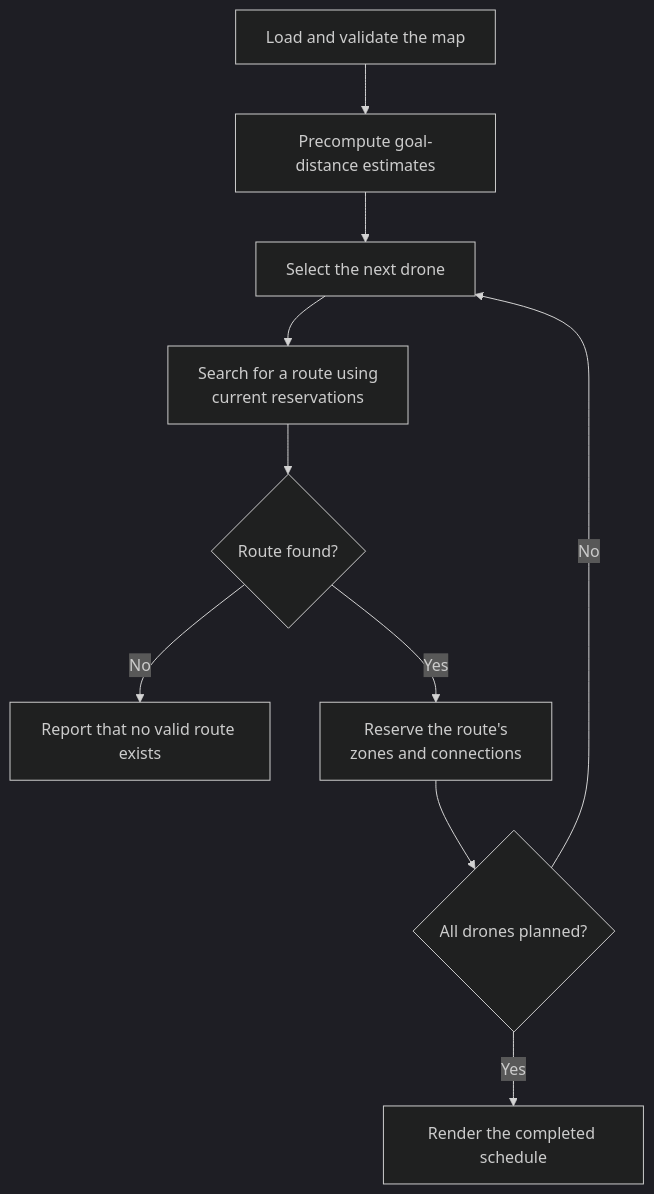
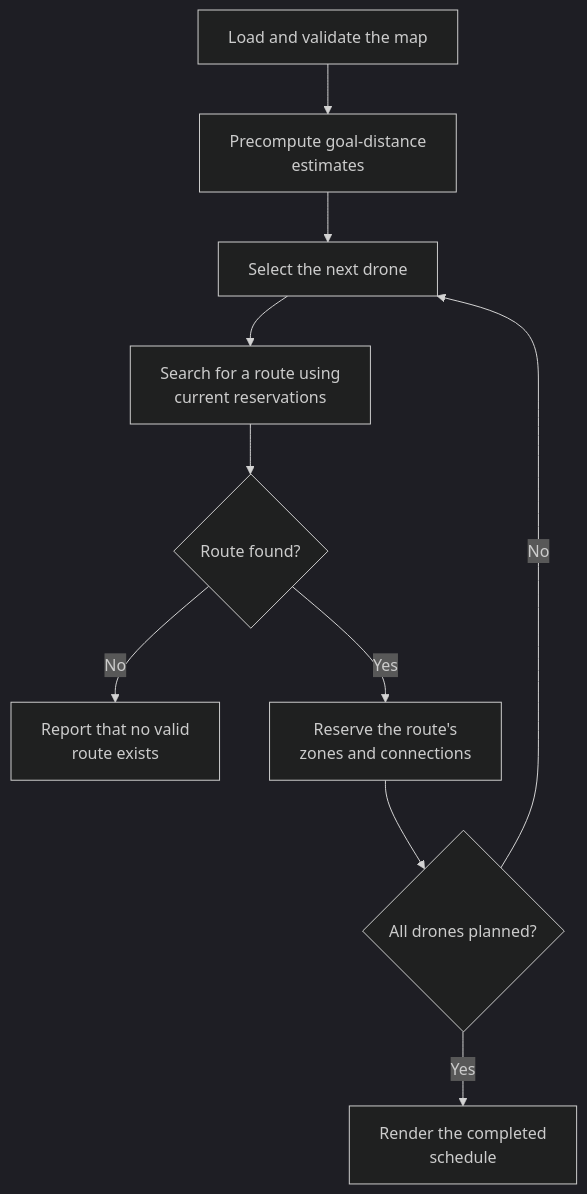
Before and after one commit to tsito2602/42cursus-fly_in: the first of 2 diagrams in README.md, drawn with Mermaid (dark theme). The commit also changed other lines of this file, not shown here.

Commit message:
フローチャートを修正

```diff
--- a/README.md
+++ b/README.md
@@ -214,12 +214,12 @@
 ~~~mermaid
 flowchart TD
-    A["Load and validate the map"] --> B["Precompute goal-distance estimates"]
+    A["Load and validate the map"] --> B["Precompute goal-distance<br/>estimates"]
     B --> C["Select the next drone"]
     C --> D["Search for a route using<br/>current reservations"]
     D --> E{"Route found?"}
-    E -- No --> F["Report that no valid route exists"]
+    E -- No --> F["Report that no valid<br/>route exists"]
     E -- Yes --> G["Reserve the route's<br/>zones and connections"]
     G --> H{"All drones planned?"}
     H -- No --> C
-    H -- Yes --> I["Render the completed schedule"]
+    H -- Yes --> I["Render the completed<br/>schedule"]
 ~~~
```
